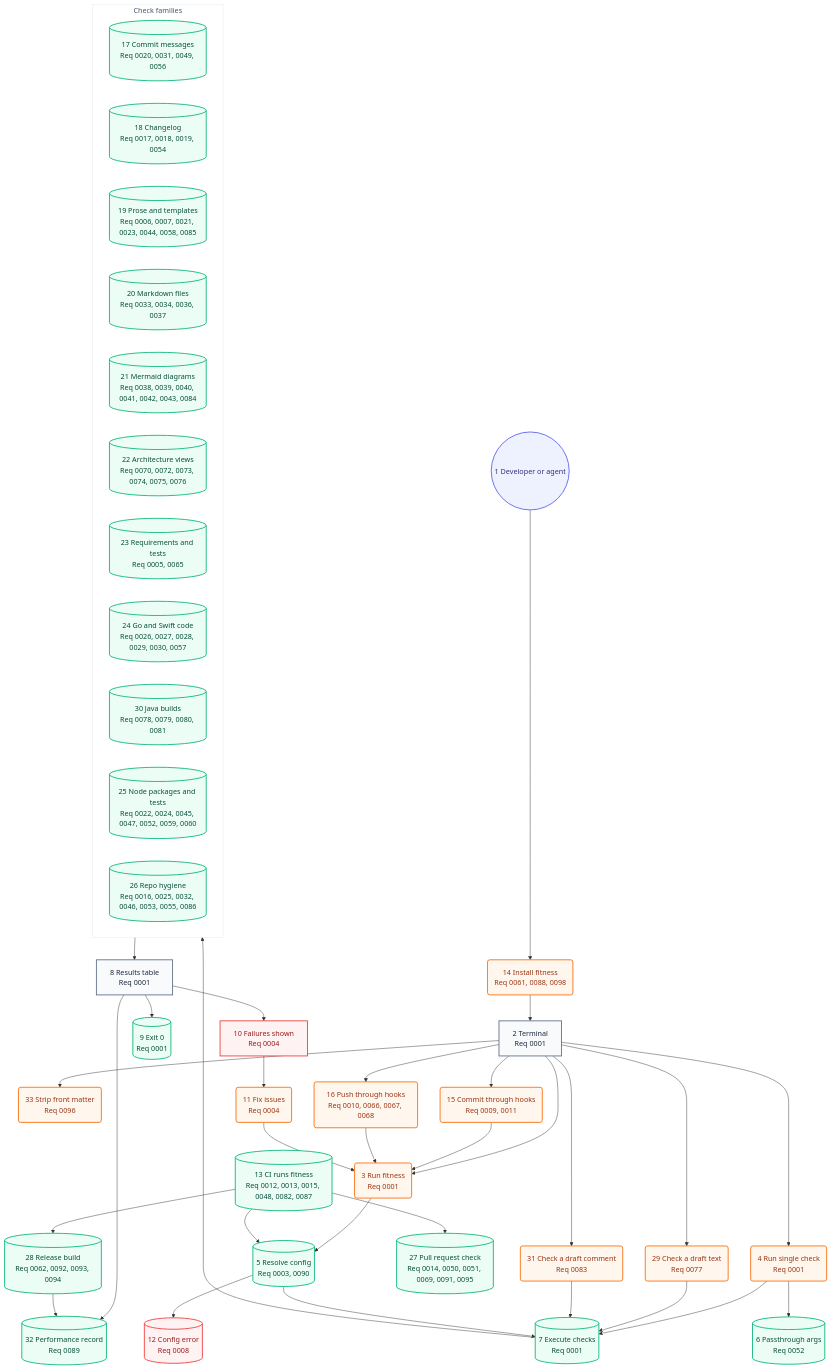
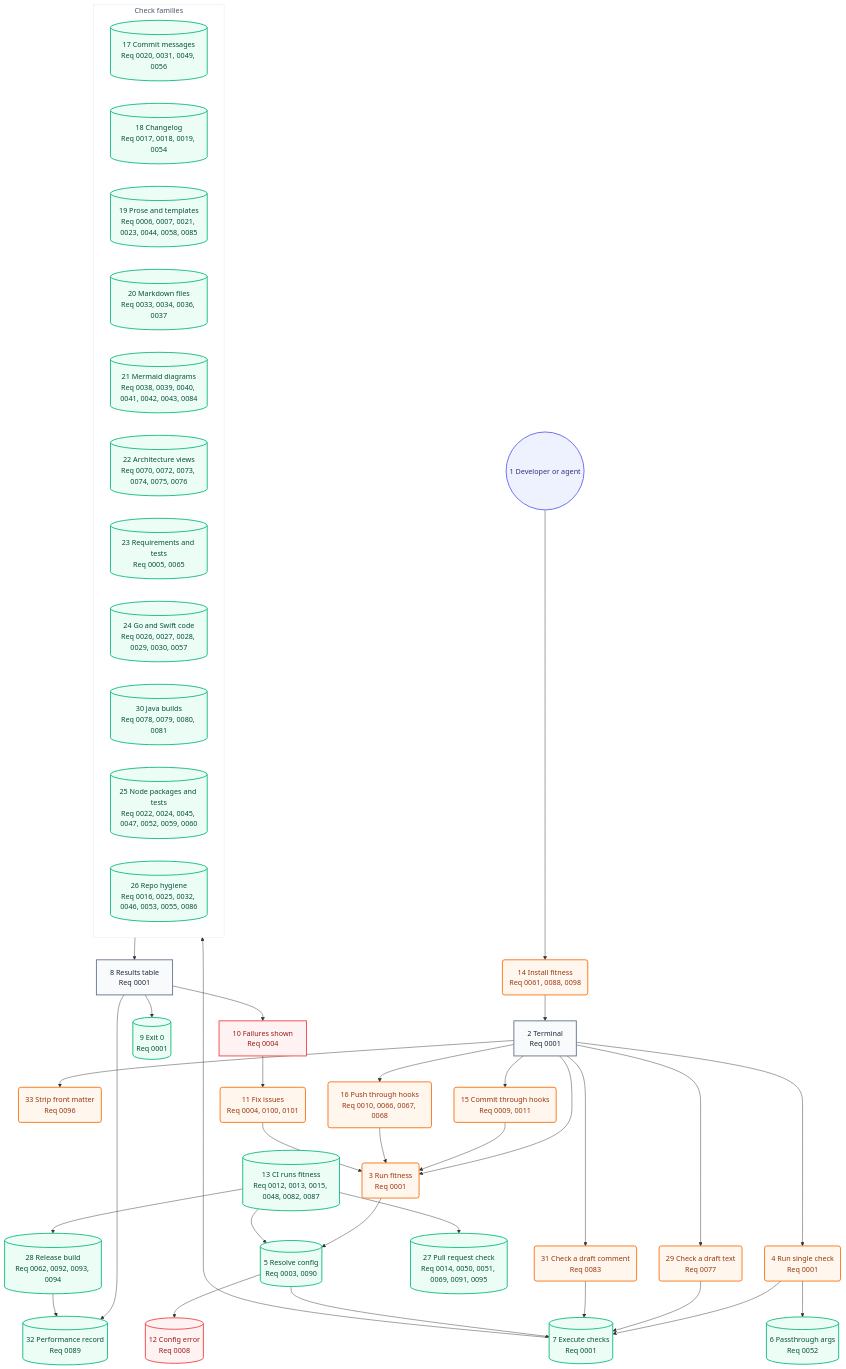
The second of 2 diagrams in docs/architecture/05-user-journey.md (may-journal/fitness-runner), drawn with Mermaid before and after one commit. The commit also changed other lines of this file and 17 other files, not shown here.

````diff
--- a/docs/architecture/05-user-journey.md
+++ b/docs/architecture/05-user-journey.md
@@ -40,78 +40,78 @@
 ```mermaid
 flowchart TB
     dev((1 Developer or agent)):::persona
     install(14 Install fitness<br/>Req 0061, 0088, 0098):::action
     terminal[2 Terminal<br/>Req 0001]:::screen
     runFull(3 Run fitness<br/>Req 0001):::action
     runSingle(4 Run single check<br/>Req 0001):::action
     runBlob(29 Check a draft text<br/>Req 0077):::action
     runComment(31 Check a draft comment<br/>Req 0083):::action
     stripFront(33 Strip front matter<br/>Req 0096):::action
     commitHook(15 Commit through hooks<br/>Req 0009, 0011):::action
     pushHook(16 Push through hooks<br/>Req 0010, 0066, 0067, 0068):::action
     resolveConfig[(5 Resolve config<br/>Req 0003, 0090)]:::system
     passArgs[(6 Passthrough args<br/>Req 0052)]:::system
     executeChecks[(7 Execute checks<br/>Req 0001)]:::system
 
     subgraph checks["Check families"]
         commitChecks[(17 Commit messages<br/>Req 0020, 0031, 0049, 0056)]:::system
         changelogChecks[(18 Changelog<br/>Req 0017, 0018, 0019, 0054)]:::system
         proseChecks[(19 Prose and templates<br/>Req 0006, 0007, 0021, 0023, 0044, 0058, 0085)]:::system
         markdownChecks[(20 Markdown files<br/>Req 0033, 0034, 0036, 0037)]:::system
         mermaidChecks[(21 Mermaid diagrams<br/>Req 0038, 0039, 0040, 0041, 0042, 0043, 0084)]:::system
         architectureChecks[(22 Architecture views<br/>Req 0070, 0072, 0073, 0074, 0075, 0076)]:::system
         requirementChecks[(23 Requirements and tests<br/>Req 0005, 0065)]:::system
         goSwiftChecks[(24 Go and Swift code<br/>Req 0026, 0027, 0028, 0029, 0030, 0057)]:::system
         javaChecks[(30 Java builds<br/>Req 0078, 0079, 0080, 0081)]:::system
         nodeChecks[(25 Node packages and tests<br/>Req 0022, 0024, 0045, 0047, 0052, 0059, 0060)]:::system
         repoChecks[(26 Repo hygiene<br/>Req 0016, 0025, 0032, 0046, 0053, 0055, 0086)]:::system
     end
 
     resultsTable[8 Results table<br/>Req 0001]:::screen
     exitZero[(9 Exit 0<br/>Req 0001)]:::system
     failuresShown[10 Failures shown<br/>Req 0004]:::blocked
-    fixIssues(11 Fix issues<br/>Req 0004):::action
+    fixIssues(11 Fix issues<br/>Req 0004, 0100, 0101):::action
     configError[(12 Config error<br/>Req 0008)]:::blocked
     ciRun[(13 CI runs fitness<br/>Req 0012, 0013, 0015, 0048, 0082, 0087)]:::system
     prCheck[(27 Pull request check<br/>Req 0014, 0050, 0051, 0069, 0091, 0095)]:::system
     release[(28 Release build<br/>Req 0062, 0092, 0093, 0094)]:::system
     perfRecord[(32 Performance record<br/>Req 0089)]:::system
 
     dev --> install
     install --> terminal
     terminal --> runFull
     terminal --> runSingle
     terminal --> commitHook
     terminal --> pushHook
     terminal --> runBlob
     terminal --> runComment
     terminal --> stripFront
     commitHook --> runFull
     pushHook --> runFull
     runFull --> resolveConfig
     runSingle --> executeChecks
     runSingle --> passArgs
     runBlob --> executeChecks
     runComment --> executeChecks
     resolveConfig --> executeChecks
     resolveConfig --> configError
     executeChecks --> checks
     checks --> resultsTable
     resultsTable --> exitZero
     resultsTable --> failuresShown
     failuresShown --> fixIssues
     fixIssues --> runFull
     ciRun --> resolveConfig
     ciRun --> prCheck
     ciRun --> release
     resultsTable --> perfRecord
     release --> perfRecord
 
     classDef persona fill:#eef2ff,stroke:#6366f1,color:#312e81,stroke-width:2px
     classDef screen fill:#f8fafc,stroke:#64748b,color:#1e293b,stroke-width:2px
     classDef action fill:#fff7ed,stroke:#f97316,color:#9a3412,stroke-width:2px
     classDef system fill:#ecfdf5,stroke:#10b981,color:#064e3b,stroke-width:2px
     classDef blocked fill:#fef2f2,stroke:#ef4444,color:#991b1b,stroke-width:2px
 
     style checks fill:#ffffff,stroke:#e2e8f0,color:#475569,stroke-width:1px
 ```
````
